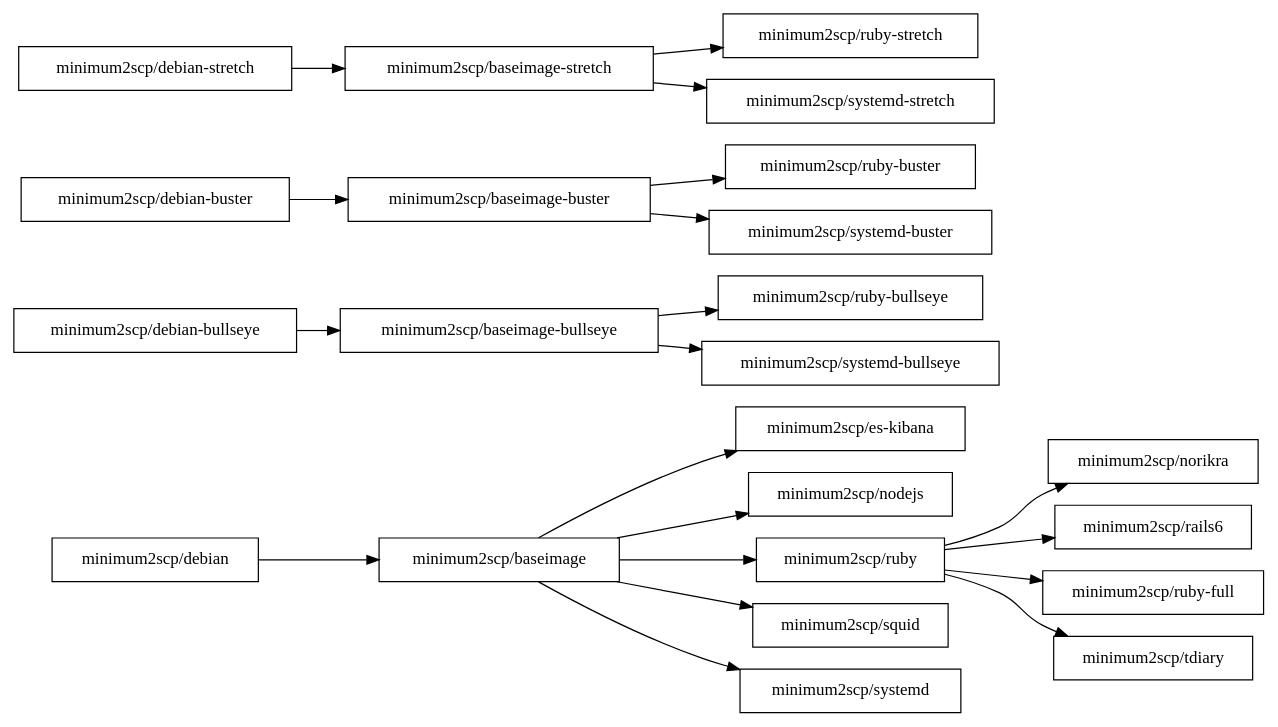
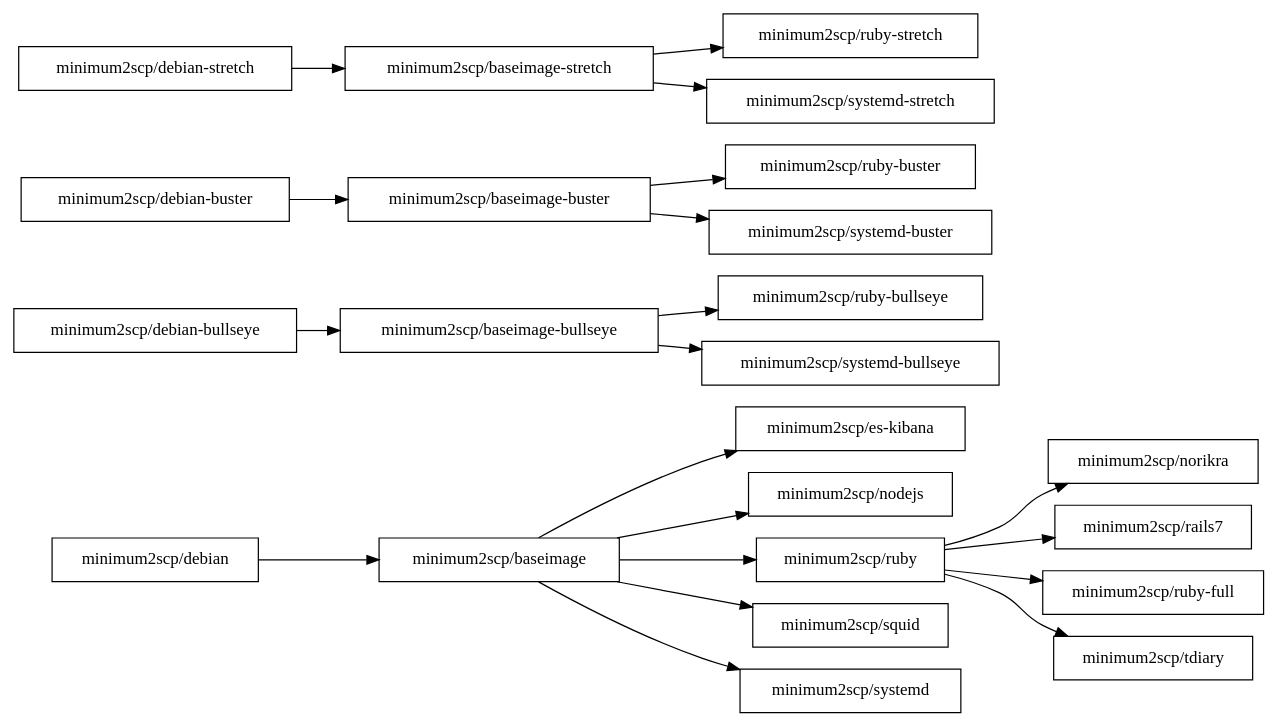
One commit to minimum2scp/dockerfiles changed the diagram in deps.dot. Above: the diagram before and after it, drawn with Graphviz. The commit also changed 11 other files, not shown here.

```diff
--- a/deps.dot
+++ b/deps.dot
@@ -1,49 +1,49 @@
 digraph deps {
   graph [
     rankdir = "LR"
   ];
 
   node [
     shape = "box"
   ];
 
   ratio = auto;
 
   baseimage          [label = "minimum2scp/baseimage"];
   baseimage_bullseye [label = "minimum2scp/baseimage-bullseye"];
   baseimage_buster   [label = "minimum2scp/baseimage-buster"];
   baseimage_stretch  [label = "minimum2scp/baseimage-stretch"];
   debian             [label = "minimum2scp/debian"];
   debian_bullseye    [label = "minimum2scp/debian-bullseye"];
   debian_buster      [label = "minimum2scp/debian-buster"];
   debian_stretch     [label = "minimum2scp/debian-stretch"];
   es_kibana          [label = "minimum2scp/es-kibana"];
   nodejs             [label = "minimum2scp/nodejs"];
   norikra            [label = "minimum2scp/norikra"];
-  rails6             [label = "minimum2scp/rails6"];
+  rails7             [label = "minimum2scp/rails7"];
   ruby               [label = "minimum2scp/ruby"];
   ruby_bullseye      [label = "minimum2scp/ruby-bullseye"];
   ruby_buster        [label = "minimum2scp/ruby-buster"];
   ruby_full          [label = "minimum2scp/ruby-full"];
   ruby_stretch       [label = "minimum2scp/ruby-stretch"];
   squid              [label = "minimum2scp/squid"];
   systemd            [label = "minimum2scp/systemd"];
   systemd_bullseye   [label = "minimum2scp/systemd-bullseye"];
   systemd_buster     [label = "minimum2scp/systemd-buster"];
   systemd_stretch    [label = "minimum2scp/systemd-stretch"];
   tdiary             [label = "minimum2scp/tdiary"];
 
   debian    -> baseimage;
   baseimage -> {es_kibana, nodejs, ruby, squid, systemd};
-  ruby      -> {norikra, rails6, ruby_full, tdiary};
+  ruby      -> {norikra, rails7, ruby_full, tdiary};
 
   debian_bullseye -> baseimage_bullseye;
   baseimage_bullseye -> {ruby_bullseye, systemd_bullseye};
 
   debian_buster -> baseimage_buster;
   baseimage_buster -> {ruby_buster, systemd_buster};
 
   debian_stretch   -> baseimage_stretch;
   baseimage_stretch -> {systemd_stretch, ruby_stretch};
 
 }
```
